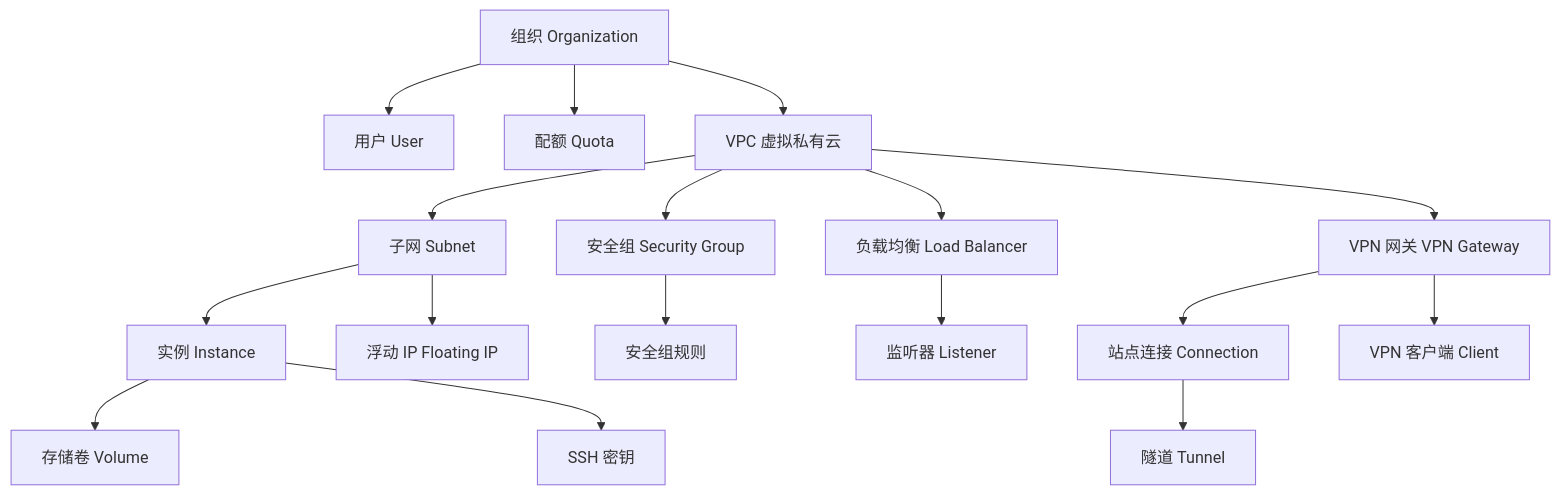
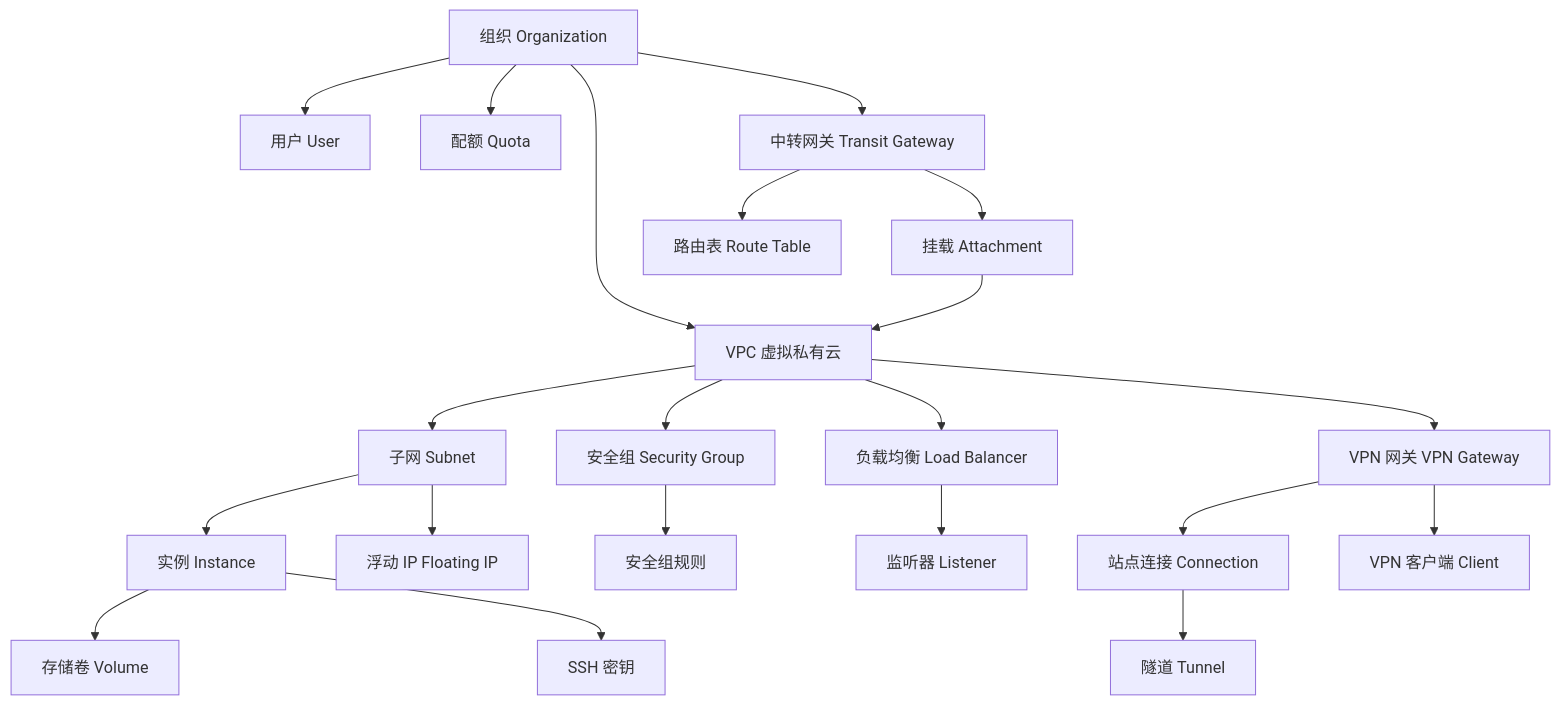
One commit to threen134/cloudland changed the first of 2 diagrams in docs/guide/concepts.md. Above: the diagram before and after it, drawn with Mermaid. The commit also changed 7 other files, not shown here.

````diff
--- a/docs/guide/concepts.md
+++ b/docs/guide/concepts.md
@@ -7,19 +7,23 @@
 ```mermaid
 graph TD
     ORG[组织 Organization] --> USER[用户 User]
     ORG --> QUOTA[配额 Quota]
     ORG --> VPC[VPC 虚拟私有云]
+    ORG --> TGW[中转网关 Transit Gateway]
+    TGW --> ATT[挂载 Attachment]
+    TGW --> RT[路由表 Route Table]
+    ATT --> VPC
     VPC --> SUBNET[子网 Subnet]
     VPC --> SG[安全组 Security Group]
     VPC --> LB[负载均衡 Load Balancer]
     VPC --> VPN[VPN 网关 VPN Gateway]
     SUBNET --> INST[实例 Instance]
     SUBNET --> FIP[浮动 IP Floating IP]
     INST --> VOL[存储卷 Volume]
     INST --> KEY[SSH 密钥]
     SG --> RULE[安全组规则]
     LB --> LISTENER[监听器 Listener]
     VPN --> CONN[站点连接 Connection]
     VPN --> CLIENT[VPN 客户端 Client]
     CONN --> TUNNEL[隧道 Tunnel]
 ```
````
